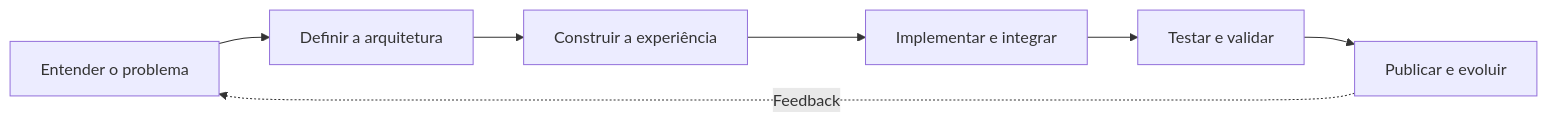
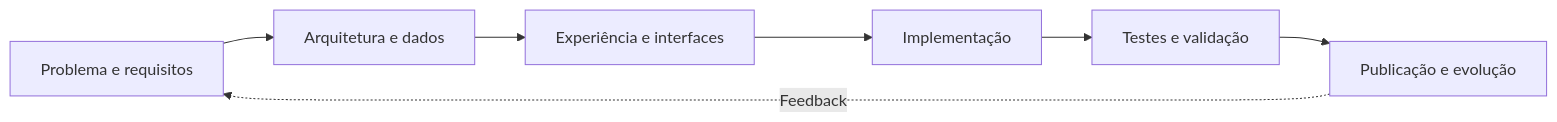
One commit to henryribeirofiscalizacao-ctrl/Henry changed the diagram in README.md. Above: the diagram before and after it, drawn with Mermaid. The commit also changed other lines of this file, not shown here.

Commit message:
docs: ampliar portfolio bilingue com arquitetura, matriz tecnica e cases

````diff
--- a/README.md
+++ b/README.md
@@ -126,9 +129,9 @@
 ```mermaid
 flowchart LR
- A["Entender o problema"] --> B["Definir a arquitetura"]
- B --> C["Construir a experiência"]
- C --> D["Implementar e integrar"]
- D --> E["Testar e validar"]
- E --> F["Publicar e evoluir"]
- F -. "Feedback" .-> A
+    A["Problema e requisitos"] --> B["Arquitetura e dados"]
+    B --> C["Experiência e interfaces"]
+    C --> D["Implementação"]
+    D --> E["Testes e validação"]
+    E --> F["Publicação e evolução"]
+    F -. "Feedback" .-> A
 ```
````
